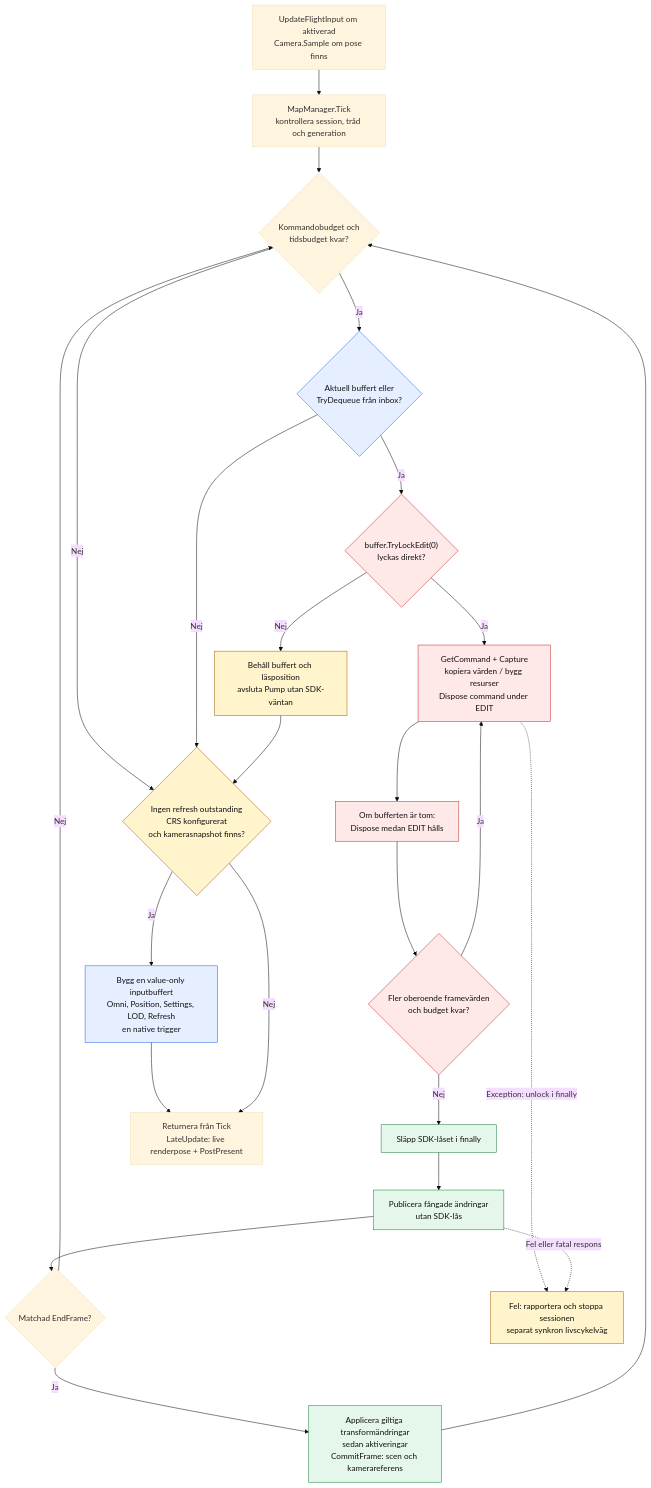
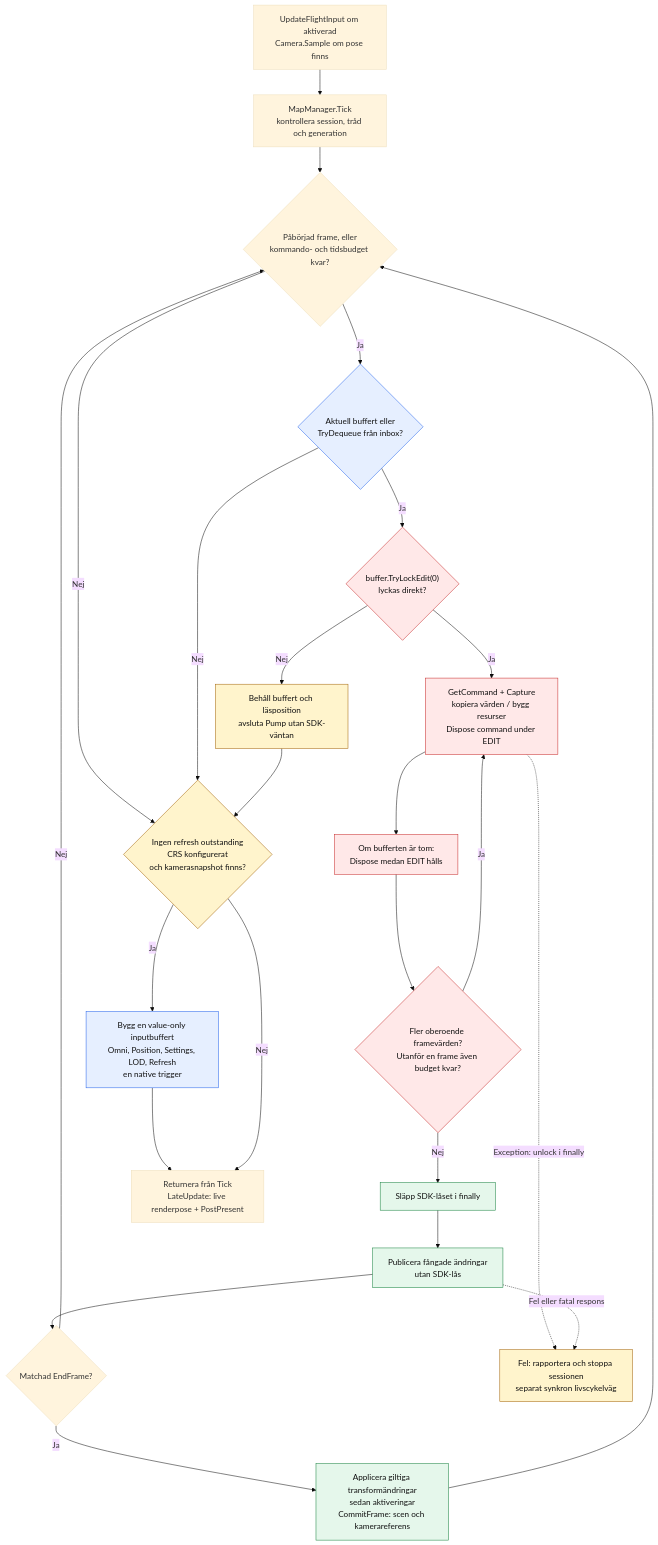
The second of 12 diagrams in docs/design/command-loop-and-locks.md (ToolTech/CSWUnity), drawn with Mermaid (base theme) before and after one commit. The commit also changed other lines of this file and 107 other files, not shown here.

````diff
--- a/docs/design/command-loop-and-locks.md
+++ b/docs/design/command-loop-and-locks.md
@@ -103,43 +103,43 @@
 ```mermaid
 flowchart TD
     T0["UpdateFlightInput om aktiverad<br/>Camera.Sample om pose finns"]
     T1["MapManager.Tick<br/>kontrollera session, tråd och generation"]
-    B{"Kommandobudget och<br/>tidsbudget kvar?"}
+    B{"Påbörjad frame, eller<br/>kommando- och tidsbudget kvar?"}
     Q{"Aktuell buffert eller<br/>TryDequeue från inbox?"}
     L{"buffer.TryLockEdit(0)<br/>lyckas direkt?"}
     SKIP["Behåll buffert och läsposition<br/>avsluta Pump utan SDK-väntan"]
     C["GetCommand + Capture<br/>kopiera värden / bygg resurser<br/>Dispose command under EDIT"]
-    MORE{"Fler oberoende framevärden<br/>och budget kvar?"}
+    MORE{"Fler oberoende framevärden?<br/>Utanför en frame även budget kvar?"}
     CLOSE["Om bufferten är tom:<br/>Dispose medan EDIT hålls"]
     UNLOCK["Släpp SDK-låset i finally"]
     PUB["Publicera fångade ändringar<br/>utan SDK-lås"]
     EF{"Matchad EndFrame?"}
     COMMIT["Applicera giltiga transformändringar<br/>sedan aktiveringar<br/>CommitFrame: scen och kamerareferens"]
     R{"Ingen refresh outstanding<br/>CRS konfigurerat<br/>och kamerasnapshot finns?"}
     SEND["Bygg en value-only inputbuffert<br/>Omni, Position, Settings, LOD, Refresh<br/>en native trigger"]
     DONE["Returnera från Tick<br/>LateUpdate: live renderpose + PostPresent"]
     FAIL["Fel: rapportera och stoppa sessionen<br/>separat synkron livscykelväg"]
     T0 --> T1 --> B
     B -->|Ja| Q
     B -->|Nej| R
     Q -->|Ja| L
     Q -->|Nej| R
     L -->|Nej| SKIP --> R
     L -->|Ja| C --> CLOSE --> MORE
     MORE -->|Ja| C
     MORE -->|Nej| UNLOCK --> PUB --> EF
     EF -->|Ja| COMMIT --> B
     EF -->|Nej| B
     R -->|Ja| SEND --> DONE
     R -->|Nej| DONE
     C -.->|Exception: unlock i finally| FAIL
     PUB -.->|Fel eller fatal respons| FAIL
     classDef edit fill:#ffe8e8,stroke:#c62828,color:#111;
     classDef queue fill:#e6efff,stroke:#2563eb,color:#111;
     classDef publish fill:#e5f7eb,stroke:#15803d,color:#111;
     classDef pending fill:#fff4cc,stroke:#a16207,color:#111;
     class L,C,CLOSE,MORE edit;
     class Q,SEND queue;
     class UNLOCK,PUB,COMMIT publish;
     class SKIP,R,FAIL pending;
 ```
````
